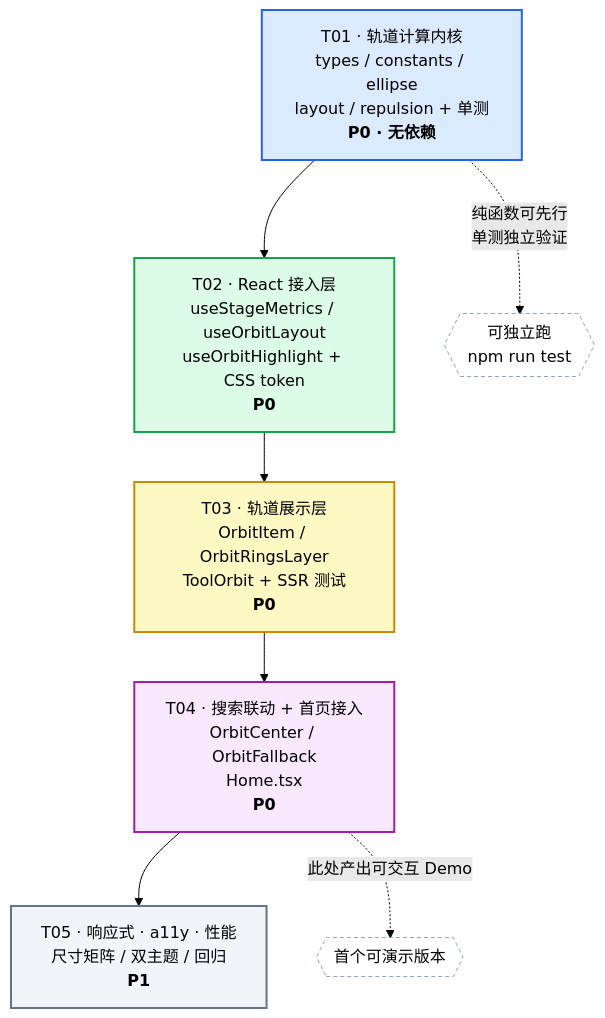
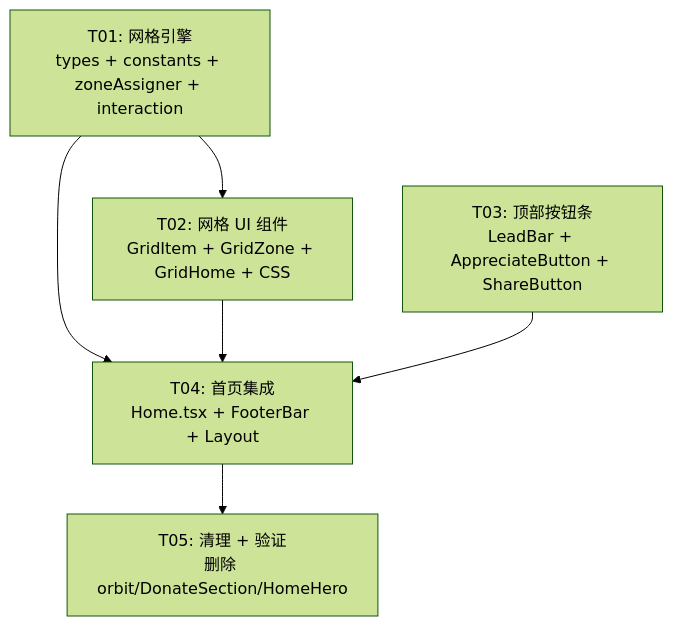
Before and after one commit to nanjie212/daily-toolkit: the fourth of 4 diagrams in docs/system_design.md, drawn with Mermaid (forest theme). The commit also changed other lines of this file and 44 other files, not shown here.

````diff
--- a/docs/system_design.md
+++ b/docs/system_design.md
@@ -814,24 +504,14 @@
 ```mermaid
 graph TD
-    T01["T01 · 轨道计算内核<br/>types / constants / ellipse<br/>layout / repulsion + 单测<br/><b>P0 · 无依赖</b>"]
-    T02["T02 · React 接入层<br/>useStageMetrics / useOrbitLayout<br/>useOrbitHighlight + CSS token<br/><b>P0</b>"]
-    T03["T03 · 轨道展示层<br/>OrbitItem / OrbitRingsLayer<br/>ToolOrbit + SSR 测试<br/><b>P0</b>"]
-    T04["T04 · 搜索联动 + 首页接入<br/>OrbitCenter / OrbitFallback<br/>Home.tsx<br/><b>P0</b>"]
-    T05["T05 · 响应式 · a11y · 性能<br/>尺寸矩阵 / 双主题 / 回归<br/><b>P1</b>"]
+    T01["T01: 网格引擎<br/>types + constants + zoneAssigner + interaction"]
+    T02["T02: 网格 UI 组件<br/>GridItem + GridZone + GridHome + CSS"]
+    T03["T03: 顶部按钮条<br/>LeadBar + AppreciateButton + ShareButton"]
+    T04["T04: 首页集成<br/>Home.tsx + FooterBar + Layout"]
+    T05["T05: 清理 + 验证<br/>删除 orbit/DonateSection/HomeHero"]
 
     T01 --> T02
-    T02 --> T03
+    T01 --> T04
+    T02 --> T04
     T03 --> T04
     T04 --> T05
-
-    T01 -.->|"纯函数可先行<br/>单测独立验证"| V1{{"可独立跑<br/>npm run test"}}
-    T04 -.->|"此处产出可交互 Demo"| V2{{"首个可演示版本"}}
-
-    style T01 fill:#dbeafe,stroke:#2563eb,stroke-width:2px
-    style T02 fill:#dcfce7,stroke:#16a34a,stroke-width:2px
-    style T03 fill:#fef9c3,stroke:#ca8a04,stroke-width:2px
-    style T04 fill:#fae8ff,stroke:#a21caf,stroke-width:2px
-    style T05 fill:#f1f5f9,stroke:#64748b,stroke-width:2px
-    style V1 fill:#ffffff,stroke:#94a3b8,stroke-dasharray: 4 3
-    style V2 fill:#ffffff,stroke:#94a3b8,stroke-dasharray: 4 3
 ```
````
